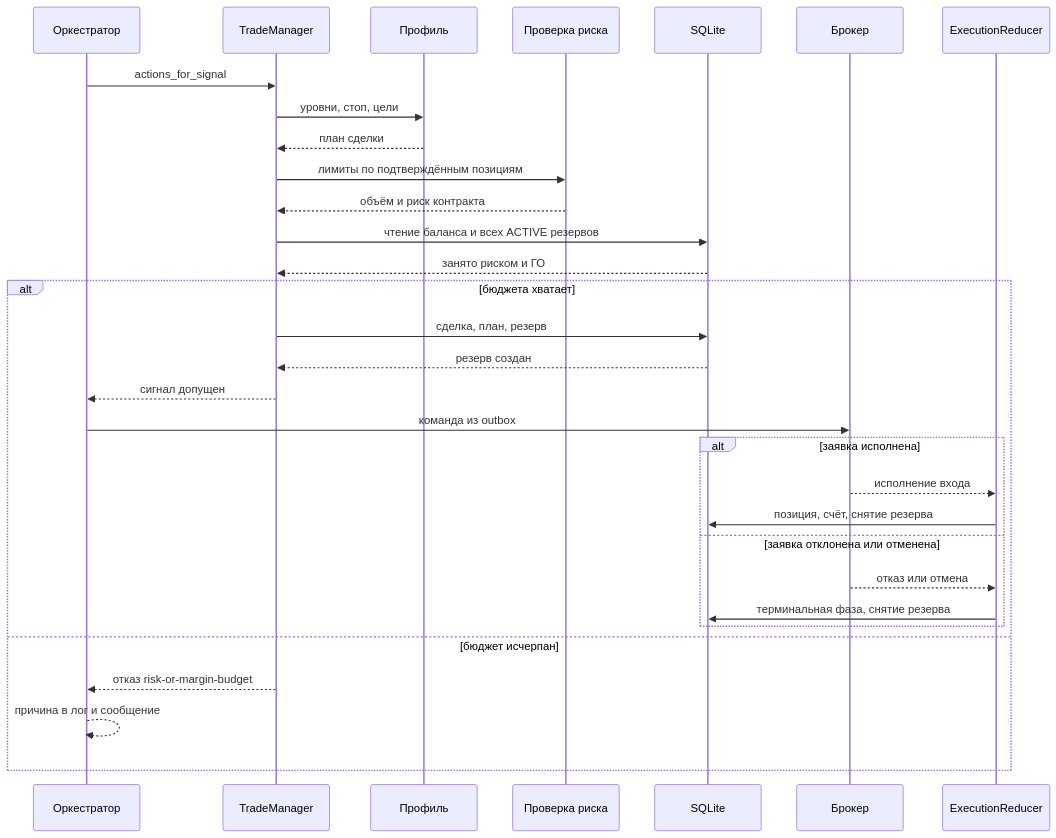
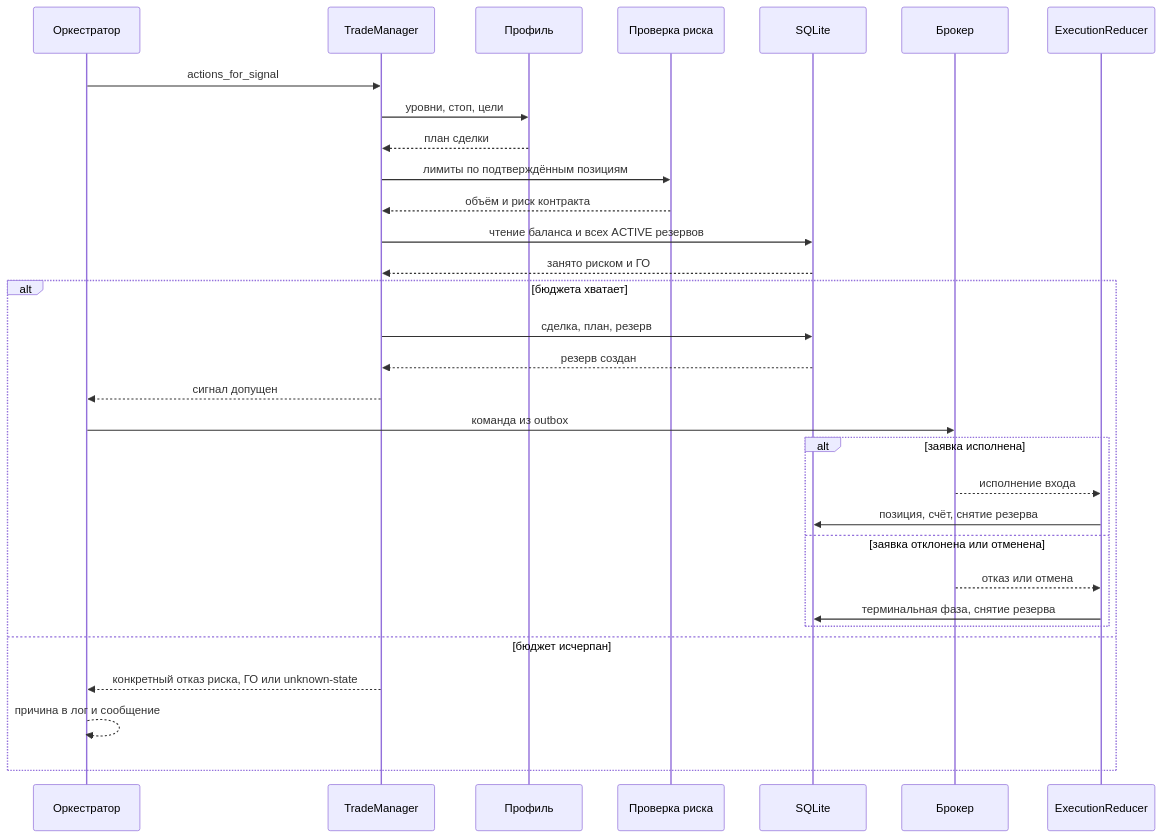
Before and after one commit to vladilenao/My_roBot: the second of 3 diagrams in docs/trade-management/signal-pipeline.md, drawn with Mermaid. The commit also changed other lines of this file and 156 other files, not shown here.

````diff
--- a/docs/trade-management/signal-pipeline.md
+++ b/docs/trade-management/signal-pipeline.md
@@ -77,34 +77,34 @@
 ```mermaid
 sequenceDiagram
     participant TB as Оркестратор
     participant TM as TradeManager
     participant PF as Профиль
     participant RM as Проверка риска
     participant DB as SQLite
     participant BR as Брокер
     participant RD as ExecutionReducer
 
     TB->>TM: actions_for_signal
     TM->>PF: уровни, стоп, цели
     PF-->>TM: план сделки
     TM->>RM: лимиты по подтверждённым позициям
     RM-->>TM: объём и риск контракта
     TM->>DB: чтение баланса и всех ACTIVE резервов
     DB-->>TM: занято риском и ГО
     alt бюджета хватает
         TM->>DB: сделка, план, резерв
         DB-->>TM: резерв создан
         TM-->>TB: сигнал допущен
         TB->>BR: команда из outbox
         alt заявка исполнена
             BR-->>RD: исполнение входа
             RD->>DB: позиция, счёт, снятие резерва
         else заявка отклонена или отменена
             BR-->>RD: отказ или отмена
             RD->>DB: терминальная фаза, снятие резерва
         end
     else бюджет исчерпан
-        TM-->>TB: отказ risk-or-margin-budget
+        TM-->>TB: конкретный отказ риска, ГО или unknown-state
         TB-->>TB: причина в лог и сообщение
     end
 ```
````
